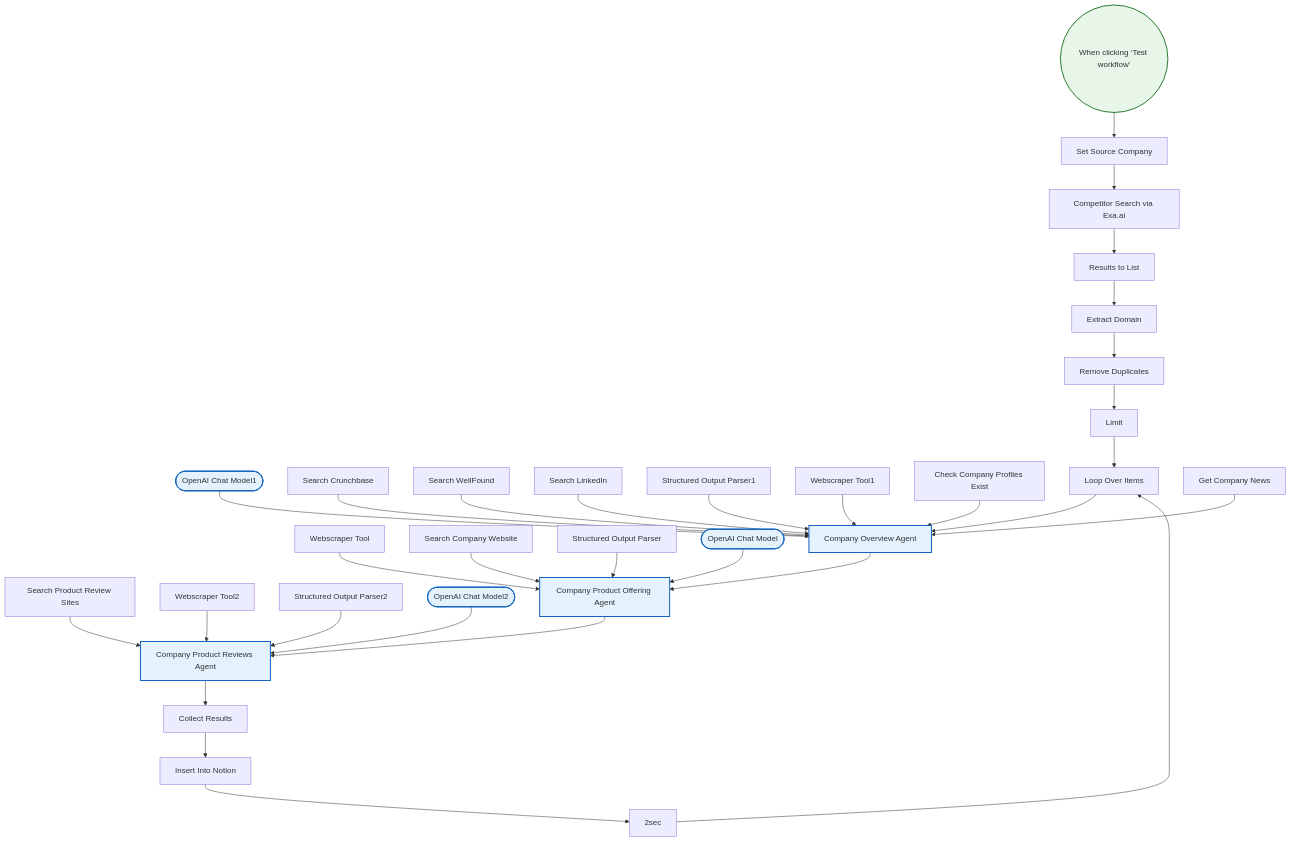
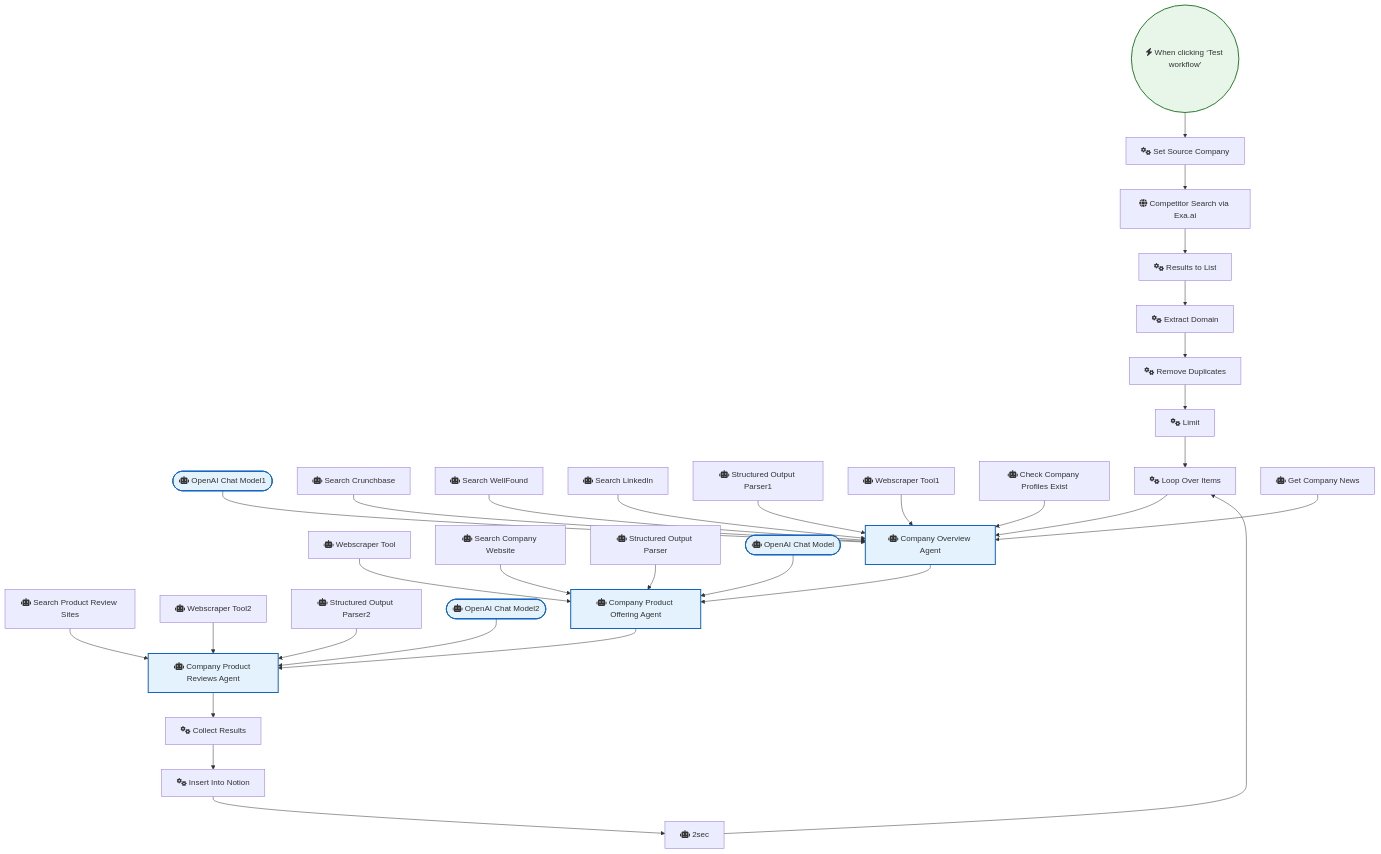
Before and after one commit to sreyash3105/N8N-DEMO-AUTOMATIONS: the diagram in Notion/Automate Competitor Research with Exa.ai, Notion and AI Agents.md, drawn with Mermaid. The commit also changed 291 other files, not shown here.

````diff
--- a/Notion/Automate Competitor Research with Exa.ai, Notion and AI Agents.md
+++ b/Notion/Automate Competitor Research with Exa.ai, Notion and AI Agents.md
@@ -1,68 +1,68 @@
 ```mermaid
 graph TD
     classDef trigger fill:#e8f5e9,stroke:#2e7d32,stroke-width:2px;
     classDef ai fill:#e3f2fd,stroke:#1565c0,stroke-width:2px;
     classDef logic fill:#fff3e0,stroke:#ef6c00,stroke-width:2px;
 
-    When_clicking__Test_workflow_(("When clicking ‘Test workflow’")):::trigger
-    OpenAI_Chat_Model1(["OpenAI Chat Model1"]):::ai
-    Search_Crunchbase["Search Crunchbase"]
-    Search_WellFound["Search WellFound"]
-    Search_LinkedIn["Search LinkedIn"]
-    Structured_Output_Parser1["Structured Output Parser1"]
-    Webscraper_Tool1["Webscraper Tool1"]
-    Remove_Duplicates["Remove Duplicates"]
-    Extract_Domain["Extract Domain"]
-    Results_to_List["Results to List"]
-    Check_Company_Profiles_Exist["Check Company Profiles Exist"]
-    Webscraper_Tool["Webscraper Tool"]
-    Search_Company_Website["Search Company Website"]
-    Structured_Output_Parser["Structured Output Parser"]
-    OpenAI_Chat_Model(["OpenAI Chat Model"]):::ai
-    Search_Product_Review_Sites["Search Product Review Sites"]
-    Webscraper_Tool2["Webscraper Tool2"]
-    Structured_Output_Parser2["Structured Output Parser2"]
-    OpenAI_Chat_Model2(["OpenAI Chat Model2"]):::ai
-    Insert_Into_Notion["Insert Into Notion"]
-    Limit["Limit"]
-    Loop_Over_Items["Loop Over Items"]
-    Competitor_Search_via_Exa_ai["Competitor Search via Exa.ai"]
-    Get_Company_News["Get Company News"]
-    Set_Source_Company["Set Source Company"]
-    Collect_Results["Collect Results"]
-    n_2sec["2sec"]
-    Company_Overview_Agent["Company Overview Agent"]:::ai
-    Company_Product_Offering_Agent["Company Product Offering Agent"]:::ai
-    Company_Product_Reviews_Agent["Company Product Reviews Agent"]:::ai
+    When_clicking__Test_workflow_(("fas:fa-bolt When clicking ‘Test workflow’")):::trigger
+    OpenAI_Chat_Model1(["fas:fa-robot OpenAI Chat Model1"]):::ai
+    Search_Crunchbase["fas:fa-robot Search Crunchbase"]
+    Search_WellFound["fas:fa-robot Search WellFound"]
+    Search_LinkedIn["fas:fa-robot Search LinkedIn"]
+    Structured_Output_Parser1["fas:fa-robot Structured Output Parser1"]
+    Webscraper_Tool1["fas:fa-robot Webscraper Tool1"]
+    Remove_Duplicates["fas:fa-cogs Remove Duplicates"]
+    Extract_Domain["fas:fa-cogs Extract Domain"]
+    Results_to_List["fas:fa-cogs Results to List"]
+    Check_Company_Profiles_Exist["fas:fa-robot Check Company Profiles Exist"]
+    Webscraper_Tool["fas:fa-robot Webscraper Tool"]
+    Search_Company_Website["fas:fa-robot Search Company Website"]
+    Structured_Output_Parser["fas:fa-robot Structured Output Parser"]
+    OpenAI_Chat_Model(["fas:fa-robot OpenAI Chat Model"]):::ai
+    Search_Product_Review_Sites["fas:fa-robot Search Product Review Sites"]
+    Webscraper_Tool2["fas:fa-robot Webscraper Tool2"]
+    Structured_Output_Parser2["fas:fa-robot Structured Output Parser2"]
+    OpenAI_Chat_Model2(["fas:fa-robot OpenAI Chat Model2"]):::ai
+    Insert_Into_Notion["fas:fa-cogs Insert Into Notion"]
+    Limit["fas:fa-cogs Limit"]
+    Loop_Over_Items["fas:fa-cogs Loop Over Items"]
+    Competitor_Search_via_Exa_ai["fas:fa-globe Competitor Search via Exa.ai"]
+    Get_Company_News["fas:fa-robot Get Company News"]
+    Set_Source_Company["fas:fa-cogs Set Source Company"]
+    Collect_Results["fas:fa-cogs Collect Results"]
+    n_2sec["fas:fa-robot 2sec"]
+    Company_Overview_Agent["fas:fa-robot Company Overview Agent"]:::ai
+    Company_Product_Offering_Agent["fas:fa-robot Company Product Offering Agent"]:::ai
+    Company_Product_Reviews_Agent["fas:fa-robot Company Product Reviews Agent"]:::ai
 
     n_2sec --> Loop_Over_Items
     Limit --> Loop_Over_Items
     Extract_Domain --> Remove_Duplicates
     Collect_Results --> Insert_Into_Notion
     Loop_Over_Items --> Company_Overview_Agent
     Results_to_List --> Extract_Domain
     Search_LinkedIn --> Company_Overview_Agent
     Webscraper_Tool --> Company_Product_Offering_Agent
     Get_Company_News --> Company_Overview_Agent
     Search_WellFound --> Company_Overview_Agent
     Webscraper_Tool1 --> Company_Overview_Agent
     Webscraper_Tool2 --> Company_Product_Reviews_Agent
     OpenAI_Chat_Model --> Company_Product_Offering_Agent
     Remove_Duplicates --> Limit
     Search_Crunchbase --> Company_Overview_Agent
     Insert_Into_Notion --> n_2sec
     OpenAI_Chat_Model1 --> Company_Overview_Agent
     OpenAI_Chat_Model2 --> Company_Product_Reviews_Agent
     Set_Source_Company --> Competitor_Search_via_Exa_ai
     Company_Overview_Agent --> Company_Product_Offering_Agent
     Search_Company_Website --> Company_Product_Offering_Agent
     Structured_Output_Parser --> Company_Product_Offering_Agent
     Structured_Output_Parser1 --> Company_Overview_Agent
     Structured_Output_Parser2 --> Company_Product_Reviews_Agent
     Search_Product_Review_Sites --> Company_Product_Reviews_Agent
     Check_Company_Profiles_Exist --> Company_Overview_Agent
     Competitor_Search_via_Exa_ai --> Results_to_List
     Company_Product_Reviews_Agent --> Collect_Results
     Company_Product_Offering_Agent --> Company_Product_Reviews_Agent
     When_clicking__Test_workflow_ --> Set_Source_Company
 ```
````
